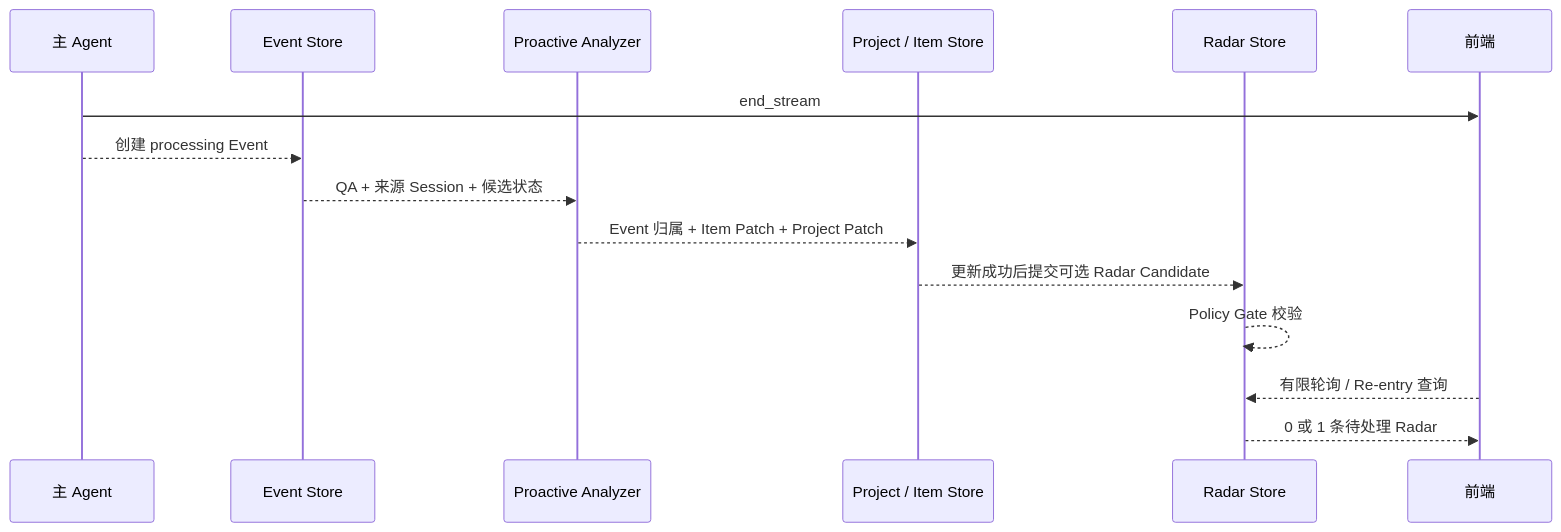
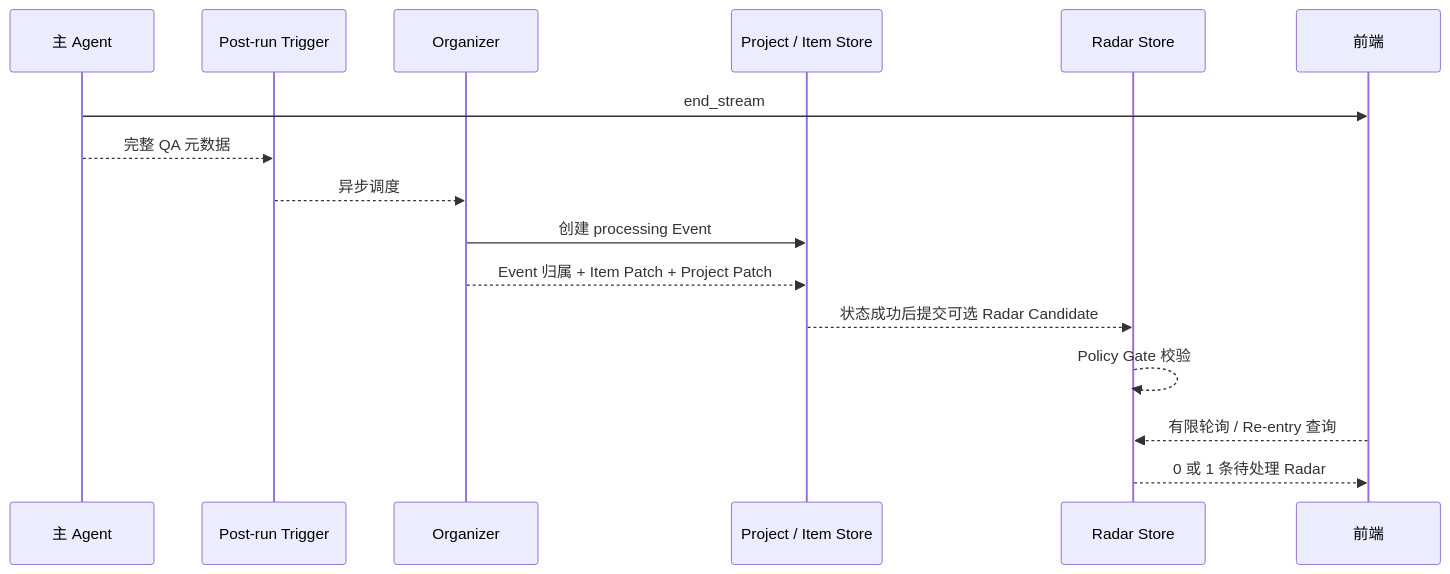
The third of 4 diagrams in public/content/raw/技术设计.md (1firecracker/project-radar-docs), drawn with Mermaid before and after one commit. The commit also changed other lines of this file and 12 other files, not shown here.

Commit message:
docs: refresh Project Radar snapshot

````diff
--- a/public/content/raw/技术设计.md
+++ b/public/content/raw/技术设计.md
@@ -91,18 +100,19 @@
 ```mermaid
 sequenceDiagram
   participant Main as 主 Agent
-  participant EventStore as Event Store
-  participant Analyzer as Proactive Analyzer
+  participant Trigger as Post-run Trigger
+  participant Organizer as Organizer
   participant State as Project / Item Store
   participant Radar as Radar Store
   participant UI as 前端
 
   Main->>UI: end_stream
-  Main-->>EventStore: 创建 processing Event
-  EventStore-->>Analyzer: QA + 来源 Session + 候选状态
-  Analyzer-->>State: Event 归属 + Item Patch + Project Patch
-  State-->>Radar: 更新成功后提交可选 Radar Candidate
+  Main-->>Trigger: 完整 QA 元数据
+  Trigger-->>Organizer: 异步调度
+  Organizer->>State: 创建 processing Event
+  Organizer-->>State: Event 归属 + Item Patch + Project Patch
+  State-->>Radar: 状态成功后提交可选 Radar Candidate
   Radar-->>Radar: Policy Gate 校验
   UI-->>Radar: 有限轮询 / Re-entry 查询
   Radar-->>UI: 0 或 1 条待处理 Radar
 ```
````
